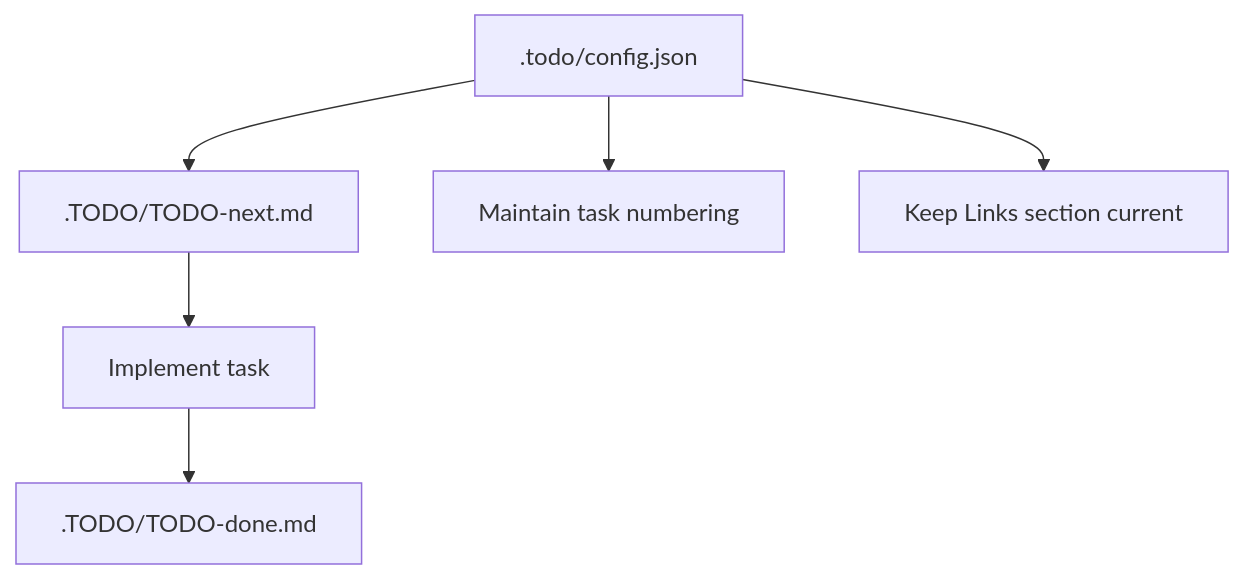
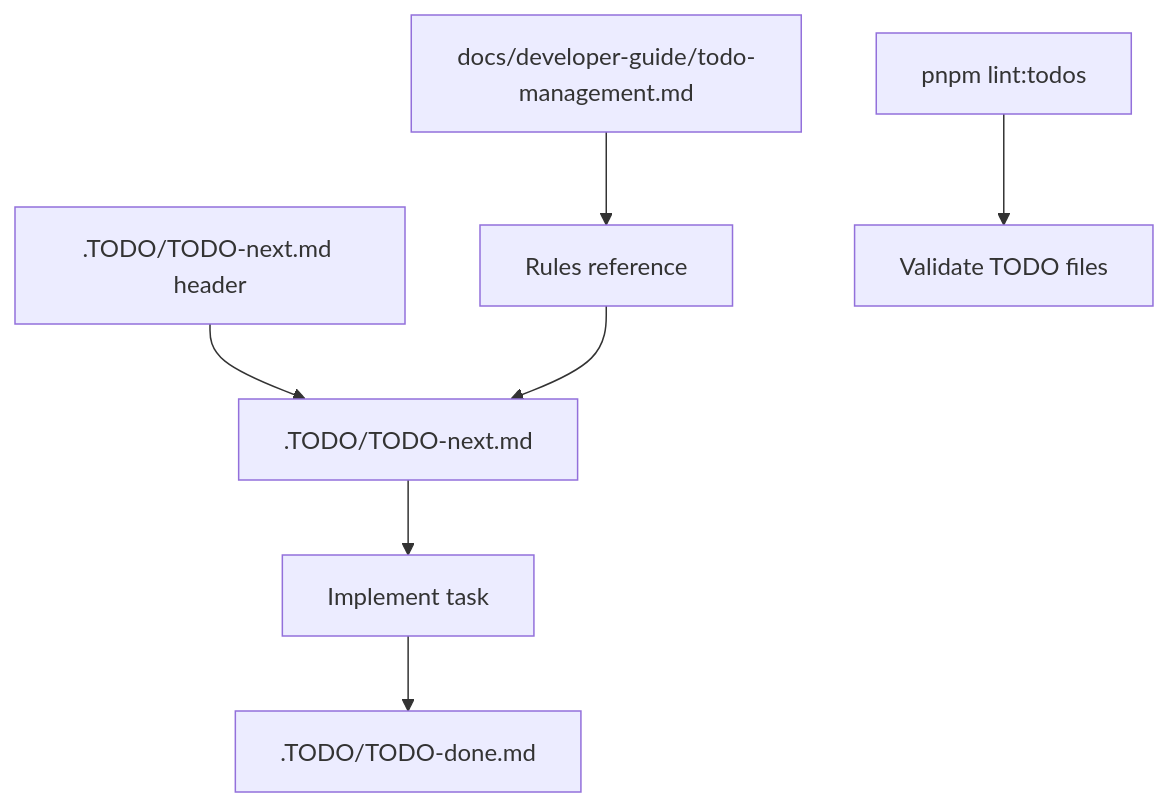
Before and after one commit to klipolis/fb-chat-export: the diagram in docs/developer-guide/todo-management.md, drawn with Mermaid. The commit also changed other lines of this file and 31 other files, not shown here.

Commit message:
feat: implement pending TODO-next tasks (T-379 to T-388 except T-381)

````diff
--- a/docs/developer-guide/todo-management.md
+++ b/docs/developer-guide/todo-management.md
@@ -3,8 +3,9 @@
 ```mermaid
 flowchart TD
-  A[.todo/config.json] --> B[.TODO/TODO-next.md]
+  A[.TODO/TODO-next.md header] --> B[.TODO/TODO-next.md]
   B --> C[Implement task]
   C --> D[.TODO/TODO-done.md]
-  A --> E[Maintain task numbering]
-  A --> F[Keep Links section current]
+  E[docs/developer-guide/todo-management.md] --> F[Rules reference]
+  F --> B
+  G[pnpm lint:todos] --> H[Validate TODO files]
 ```
````
